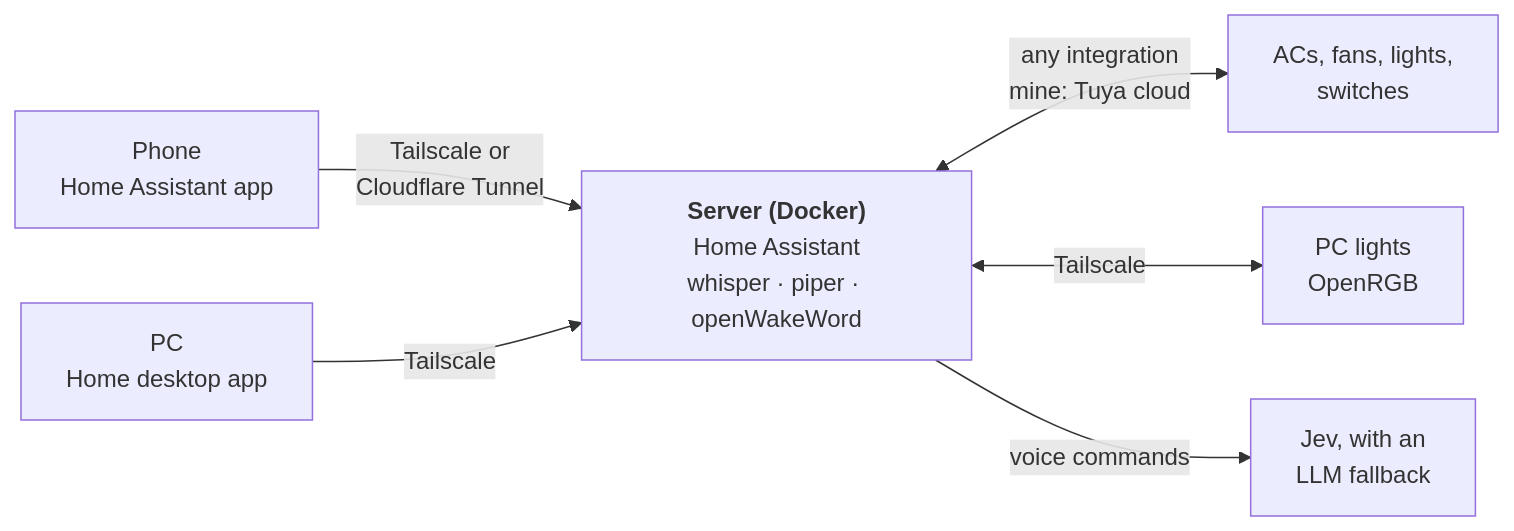
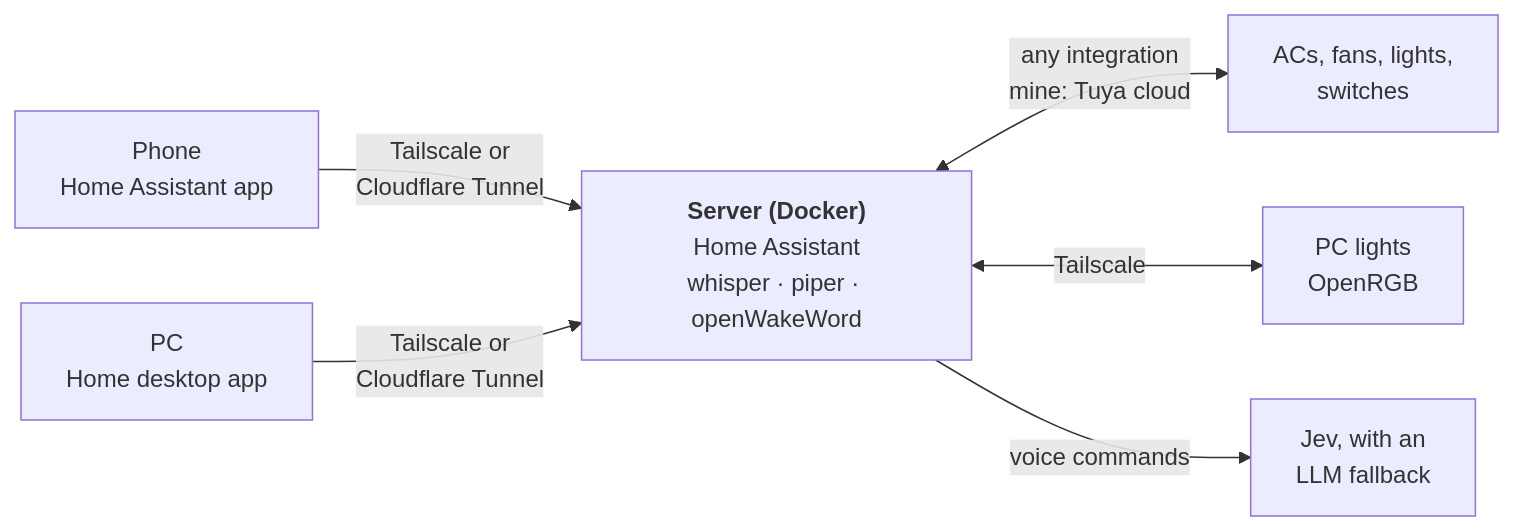
One commit to InterStella0/personal-iot changed the diagram in README.md. Above: the diagram before and after it, drawn with Mermaid. The commit also changed other lines of this file and 1 other file, not shown here.

First line of the commit message:
Describe the desktop app and the Jev integration in the README

````diff
--- a/README.md
+++ b/README.md
@@ -17,9 +21,9 @@
 ```mermaid
 flowchart LR
     phone["Phone<br/>Home Assistant app"] -->|Tailscale or<br/>Cloudflare Tunnel| ha
-    pc["PC<br/>Home desktop app"] -->|Tailscale| ha
+    pc["PC<br/>Home desktop app"] -->|Tailscale or<br/>Cloudflare Tunnel| ha
     ha["<b>Server (Docker)</b><br/>Home Assistant<br/>whisper · piper · openWakeWord"]
     ha <-->|any integration<br/>mine: Tuya cloud| devices["ACs, fans, lights,<br/>switches"]
     ha <-->|Tailscale| rgb["PC lights<br/>OpenRGB"]
     ha -->|voice commands| agents["Jev, with an<br/>LLM fallback"]
 ```
````
